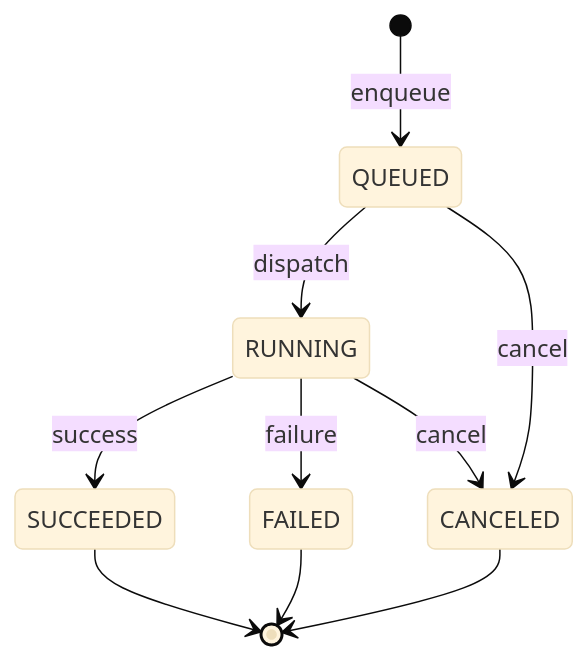
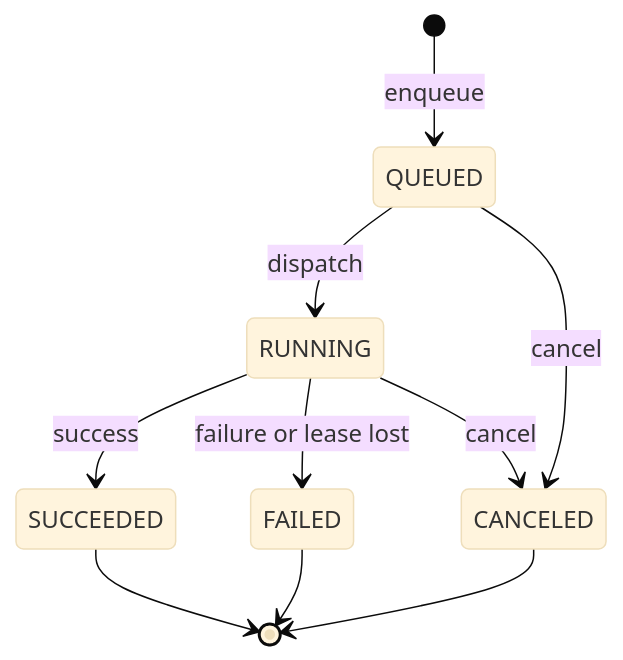
Before and after one commit to endo-ly/ego-graph: the seventh of 8 diagrams in docs/architecture/pipelines.md, drawn with Mermaid (base theme). The commit also changed other lines of this file and 6 other files, not shown here.

````diff
--- a/docs/architecture/pipelines.md
+++ b/docs/architecture/pipelines.md
@@ -333,12 +348,12 @@
 ```mermaid
 stateDiagram-v2
     [*] --> QUEUED: enqueue
     QUEUED --> RUNNING: dispatch
     QUEUED --> CANCELED: cancel
     RUNNING --> SUCCEEDED: success
-    RUNNING --> FAILED: failure
+    RUNNING --> FAILED: failure or lease lost
     RUNNING --> CANCELED: cancel
     SUCCEEDED --> [*]
     FAILED --> [*]
     CANCELED --> [*]
 ```
````
